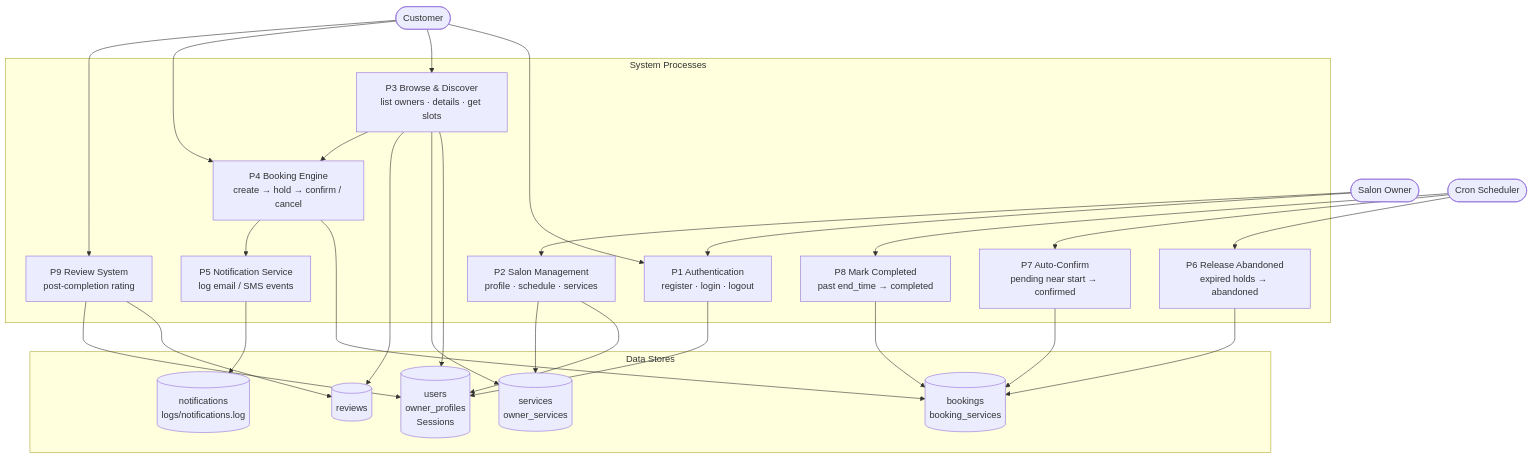
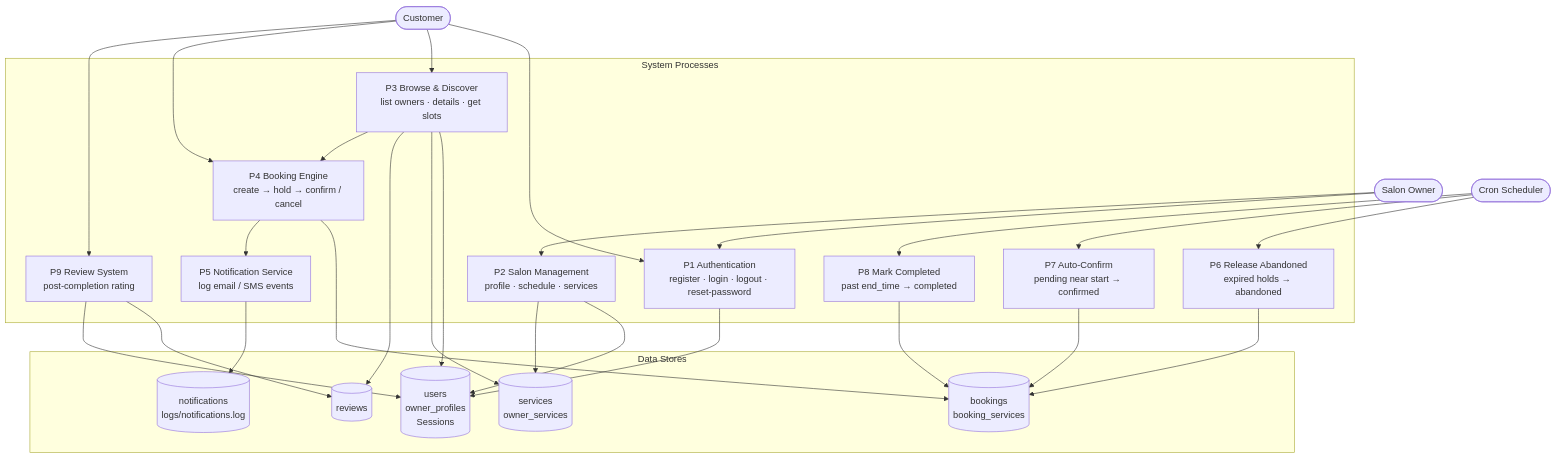
One commit to sp075/salon-booking-system changed the fifth of 21 diagrams in docs/PROJECT-REPORT.md. Above: the diagram before and after it, drawn with Mermaid. The commit also changed other lines of this file and 10 other files, not shown here.

First line of the commit message:
feat: add password reset functionality (#4)

````diff
--- a/docs/PROJECT-REPORT.md
+++ b/docs/PROJECT-REPORT.md
@@ -491,55 +491,55 @@
 ```mermaid
 flowchart TB
     Owner(["Salon Owner"])
     Customer(["Customer"])
     Cron(["Cron Scheduler"])
 
     subgraph Processes["System Processes"]
-        P1["P1 Authentication\nregister · login · logout"]
+        P1["P1 Authentication\nregister · login · logout · reset-password"]
         P2["P2 Salon Management\nprofile · schedule · services"]
         P3["P3 Browse & Discover\nlist owners · details · get slots"]
         P4["P4 Booking Engine\ncreate → hold → confirm / cancel"]
         P5["P5 Notification Service\nlog email / SMS events"]
         P6["P6 Release Abandoned\nexpired holds → abandoned"]
         P7["P7 Auto-Confirm\npending near start → confirmed"]
         P8["P8 Mark Completed\npast end_time → completed"]
         P9["P9 Review System\npost-completion rating"]
     end
 
     subgraph Stores["Data Stores"]
         DS1[("users\nowner_profiles\nSessions")]
         DS2[("services\nowner_services")]
         DS3[("bookings\nbooking_services")]
         DS4[("reviews")]
         DS5[("notifications\nlogs/notifications.log")]
     end
 
     Owner  --> P1 --> DS1
     Customer --> P1
 
     Owner  --> P2
     P2 --> DS1
     P2 --> DS2
 
     Customer --> P3
     P3 --> DS1
     P3 --> DS2
     P3 --> DS4
     P3 --> P4
 
     Customer --> P4
     P4 --> DS3
     P4 --> P5
     P5 --> DS5
 
     Cron --> P6
     Cron --> P7
     Cron --> P8
     P6 --> DS3
     P7 --> DS3
     P8 --> DS3
 
     Customer --> P9
     P9 --> DS4
     P9 --> DS1
 ```
````
